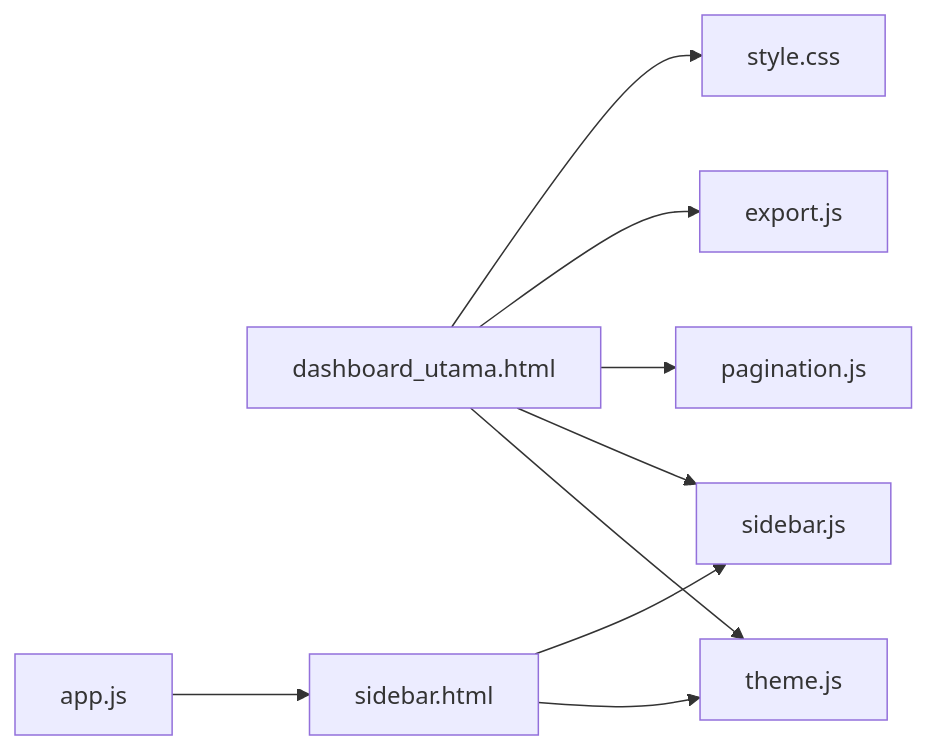
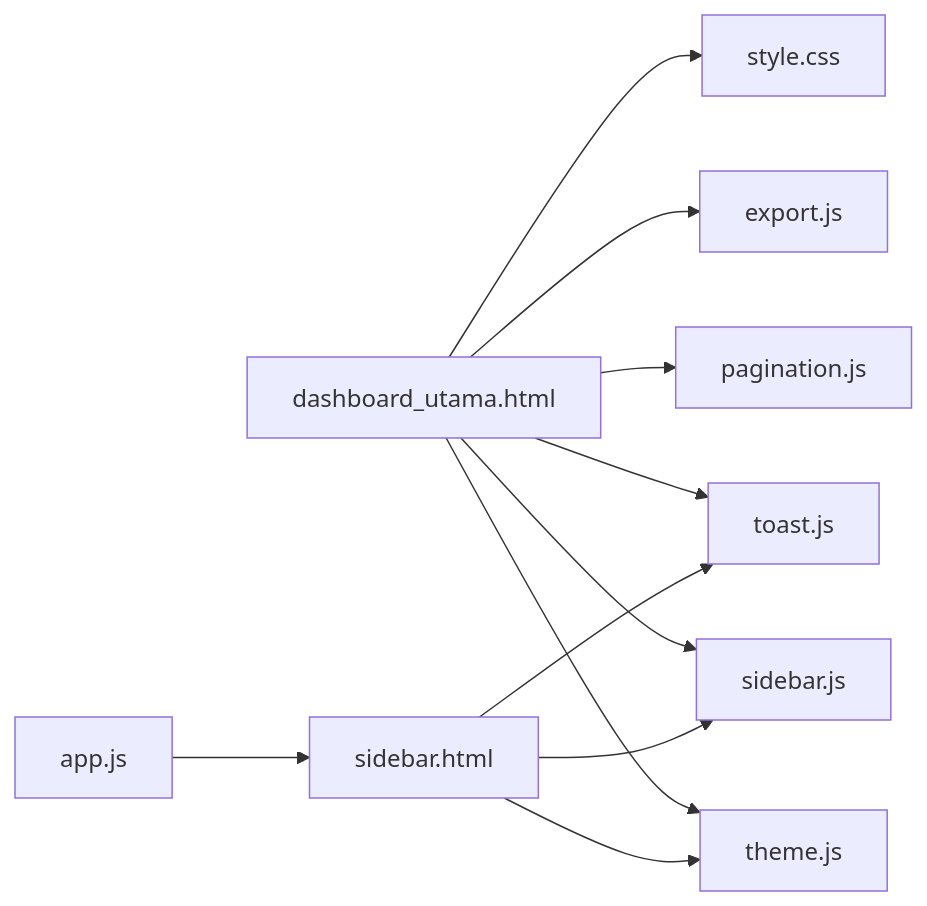
The sixth of 6 diagrams in .qoder/repowiki/en/content/User Interface & Experience/User Interface & Experience.md (rendisiagian/TDS_by_RENDISIAGIAN), drawn with Mermaid before and after one commit. The commit also changed other lines of this file and 96 other files, not shown here.

````diff
--- a/.qoder/repowiki/en/content/User Interface & Experience/User Interface & Experience.md
+++ b/.qoder/repowiki/en/content/User Interface & Experience/User Interface & Experience.md
@@ -261,11 +376,13 @@
 ```mermaid
 graph LR
 DU["dashboard_utama.html"] --> THM["theme.js"]
 DU --> SBJ["sidebar.js"]
 DU --> PAG["pagination.js"]
 DU --> EXP["export.js"]
+DU --> TST["toast.js"]
 DU --> STY["style.css"]
 SBH["sidebar.html"] --> THM
 SBH --> SBJ
+SBH --> TST
 APP["app.js"] --> SBH
 ```
````
